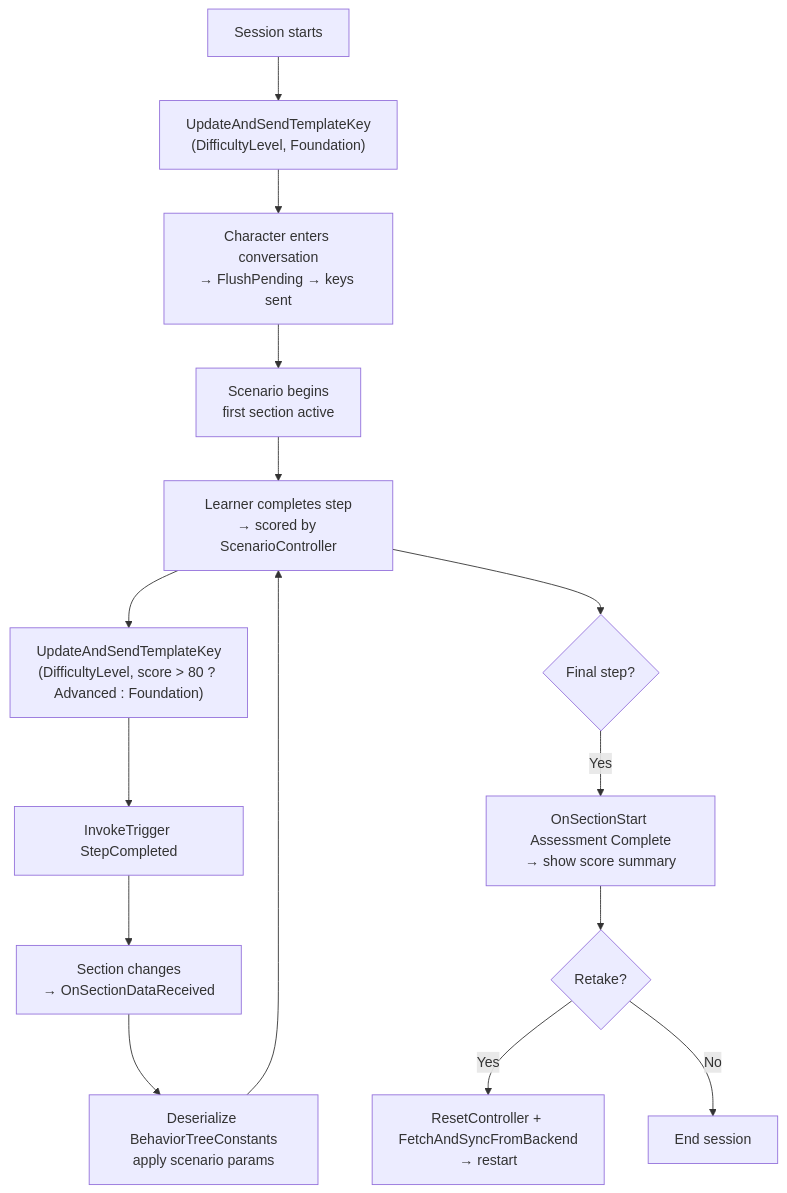
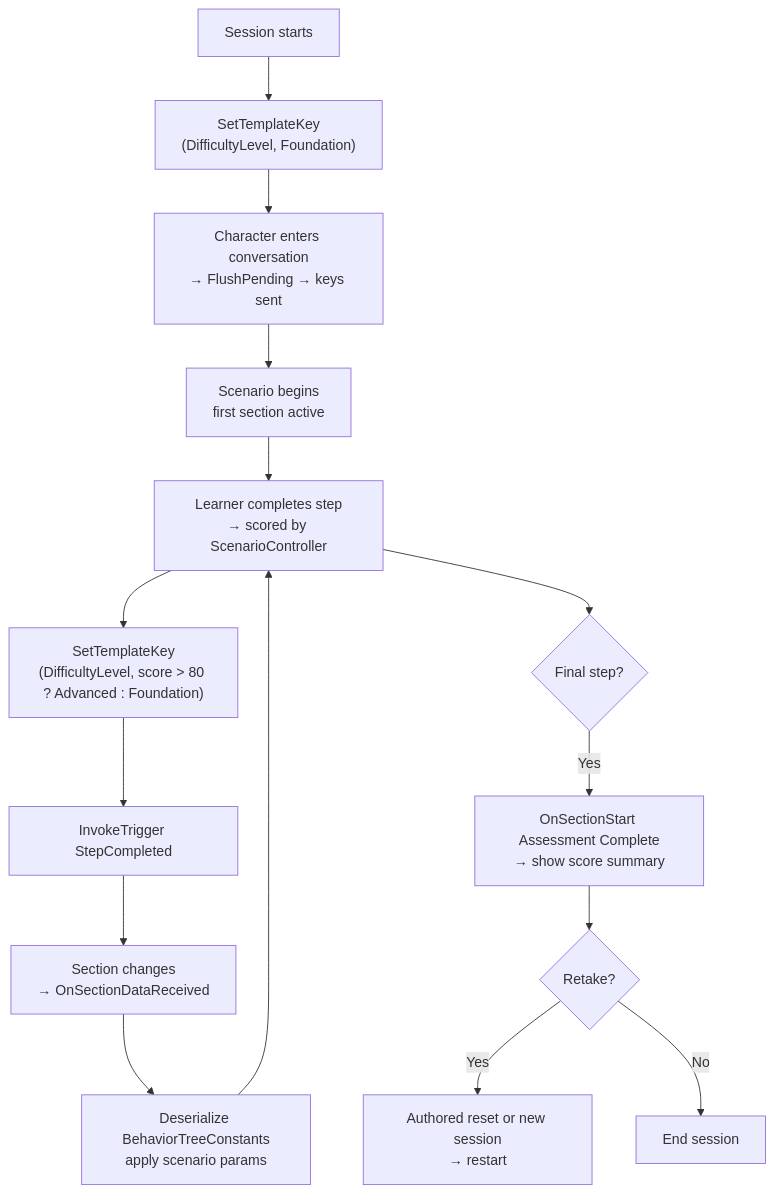
The diagram in plugins-and-integrations/convai-unity-sdk/features/narrative-design/usage-examples.md (Conv-AI/Convai-Documentation), drawn with Mermaid before and after one commit. The commit also changed other lines of this file and 315 other files, not shown here.

````diff
--- a/plugins-and-integrations/convai-unity-sdk/features/narrative-design/usage-examples.md
+++ b/plugins-and-integrations/convai-unity-sdk/features/narrative-design/usage-examples.md
@@ -182,17 +214,17 @@
 ```mermaid
 flowchart TD
-    A[Session starts] --> B["UpdateAndSendTemplateKey\n(DifficultyLevel, Foundation)"]
+    A[Session starts] --> B["SetTemplateKey\n(DifficultyLevel, Foundation)"]
     B --> C[Character enters conversation\n→ FlushPending → keys sent]
     C --> D[Scenario begins\nfirst section active]
     D --> E[Learner completes step\n→ scored by ScenarioController]
-    E --> F["UpdateAndSendTemplateKey\n(DifficultyLevel, score > 80 ? Advanced : Foundation)"]
+    E --> F["SetTemplateKey\n(DifficultyLevel, score > 80 ? Advanced : Foundation)"]
     F --> G[InvokeTrigger StepCompleted]
     G --> H[Section changes\n→ OnSectionDataReceived]
     H --> I[Deserialize BehaviorTreeConstants\napply scenario params]
     I --> E
     E --> J{Final step?}
     J -- Yes --> K[OnSectionStart Assessment Complete\n→ show score summary]
     K --> L{Retake?}
-    L -- Yes --> M[ResetController + FetchAndSyncFromBackend\n→ restart]
+    L -- Yes --> M[Authored reset or new session\n→ restart]
     L -- No --> N[End session]
 ```
````
